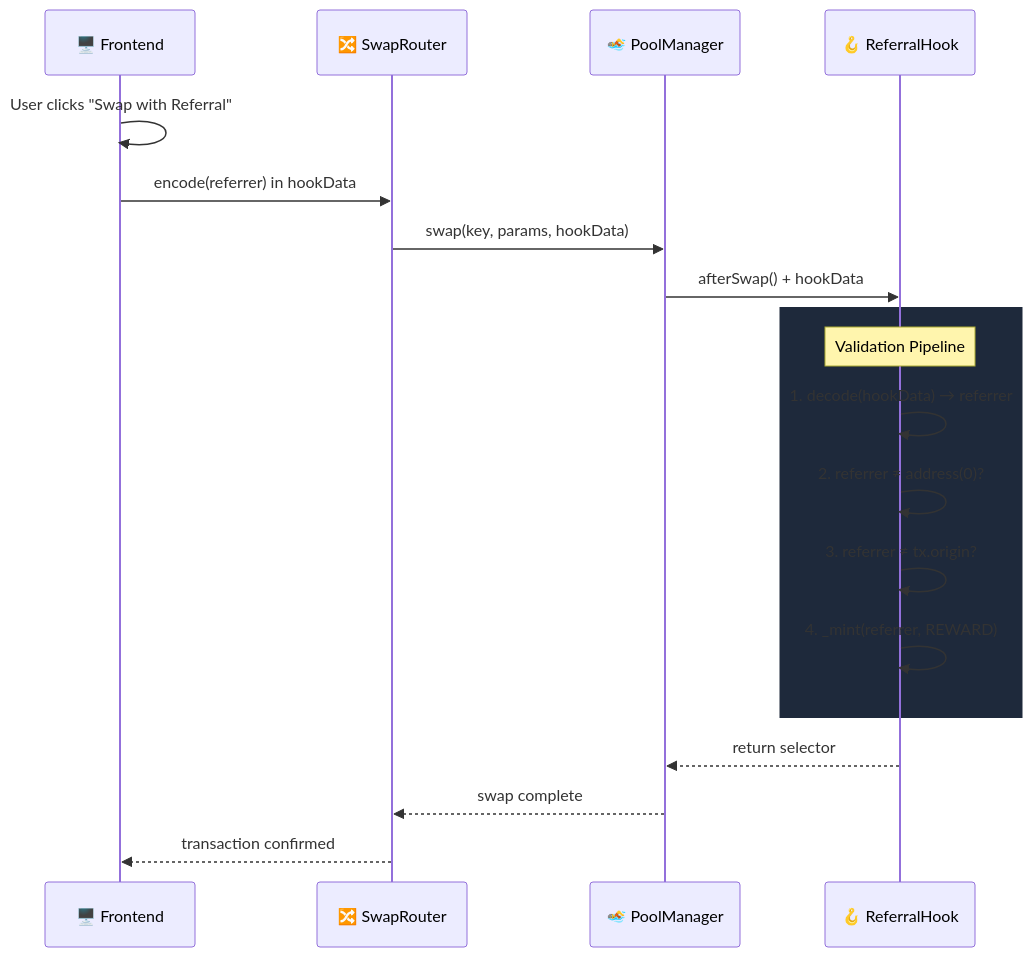
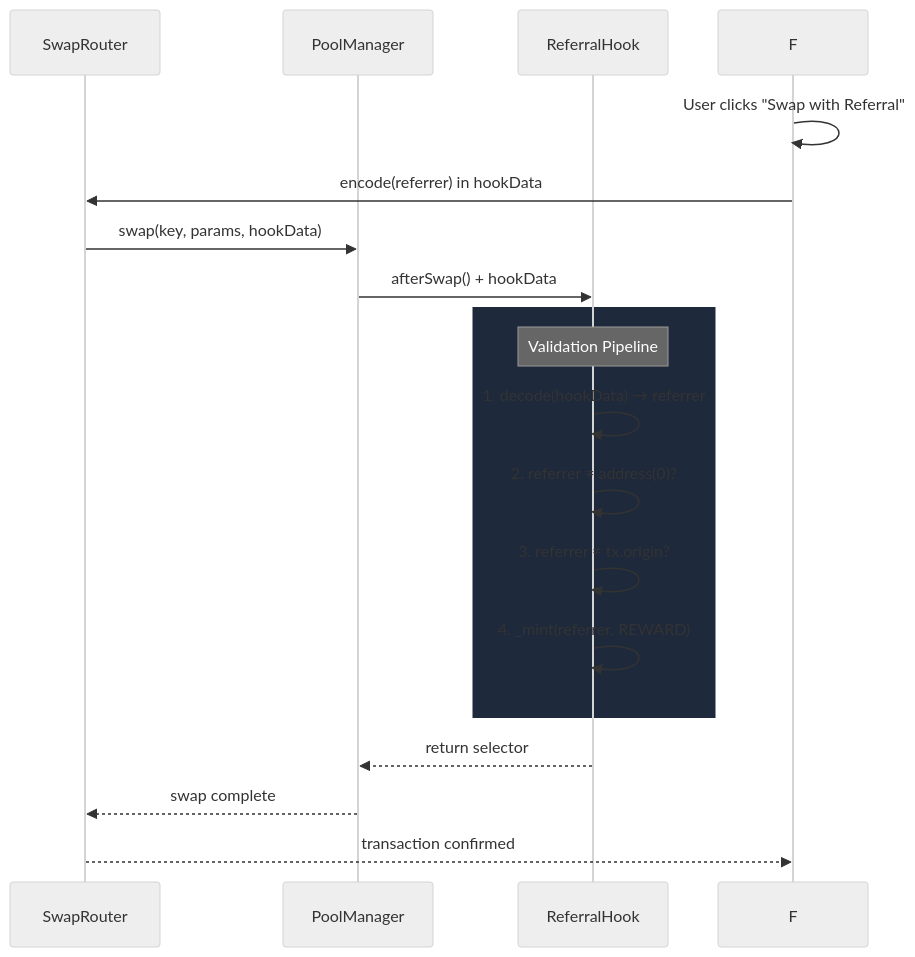
One commit to guglxni/the-fixer-hook changed the third of 12 diagrams in docs/SYSTEM_DESIGN.md. Above: the diagram before and after it, drawn with Mermaid. The commit also changed other lines of this file and 514 other files, not shown here.

Commit message:
Clean docs: remove emojis, add professional mermaid styling

````diff
--- a/docs/SYSTEM_DESIGN.md
+++ b/docs/SYSTEM_DESIGN.md
@@ -113,24 +112,21 @@
 ```mermaid
+%%{init: {'theme': 'neutral', 'themeVariables': { 'primaryColor': '#2563eb', 'primaryTextColor': '#1e293b', 'primaryBorderColor': '#3b82f6', 'lineColor': '#64748b', 'secondaryColor': '#f1f5f9', 'tertiaryColor': '#e2e8f0'}}}%%
 sequenceDiagram
-    participant F as 🖥️ Frontend
-    participant R as 🔀 SwapRouter
-    participant PM as 🏊 PoolManager
-    participant H as 🪝 ReferralHook
-
+    participant R as  SwapRouter
+    participant PM as  PoolManager
+    participant H as  ReferralHook
     F->>F: User clicks "Swap with Referral"
     F->>R: encode(referrer) in hookData
     R->>PM: swap(key, params, hookData)
     PM->>H: afterSwap() + hookData
-    
     rect rgb(30, 41, 59)
         Note over H: Validation Pipeline
         H->>H: 1. decode(hookData) → referrer
         H->>H: 2. referrer ≠ address(0)?
         H->>H: 3. referrer ≠ tx.origin?
         H->>H: 4. _mint(referrer, REWARD)
     end
-    
     H-->>PM: return selector
     PM-->>R: swap complete
     R-->>F: transaction confirmed
 ```
````
